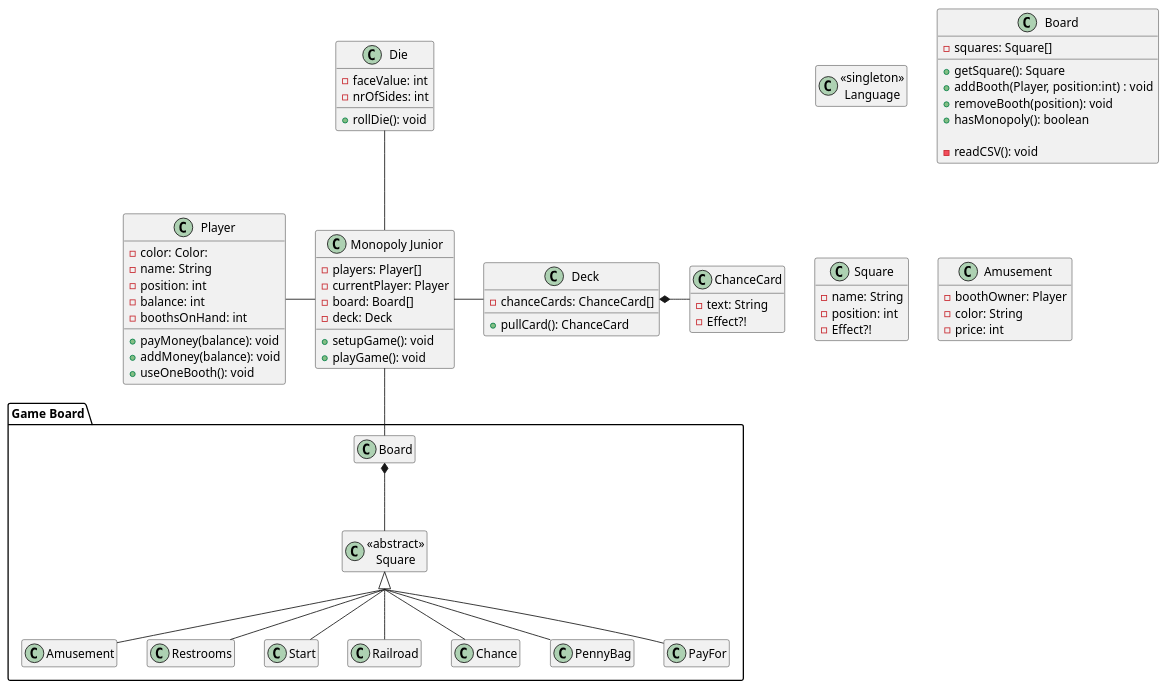
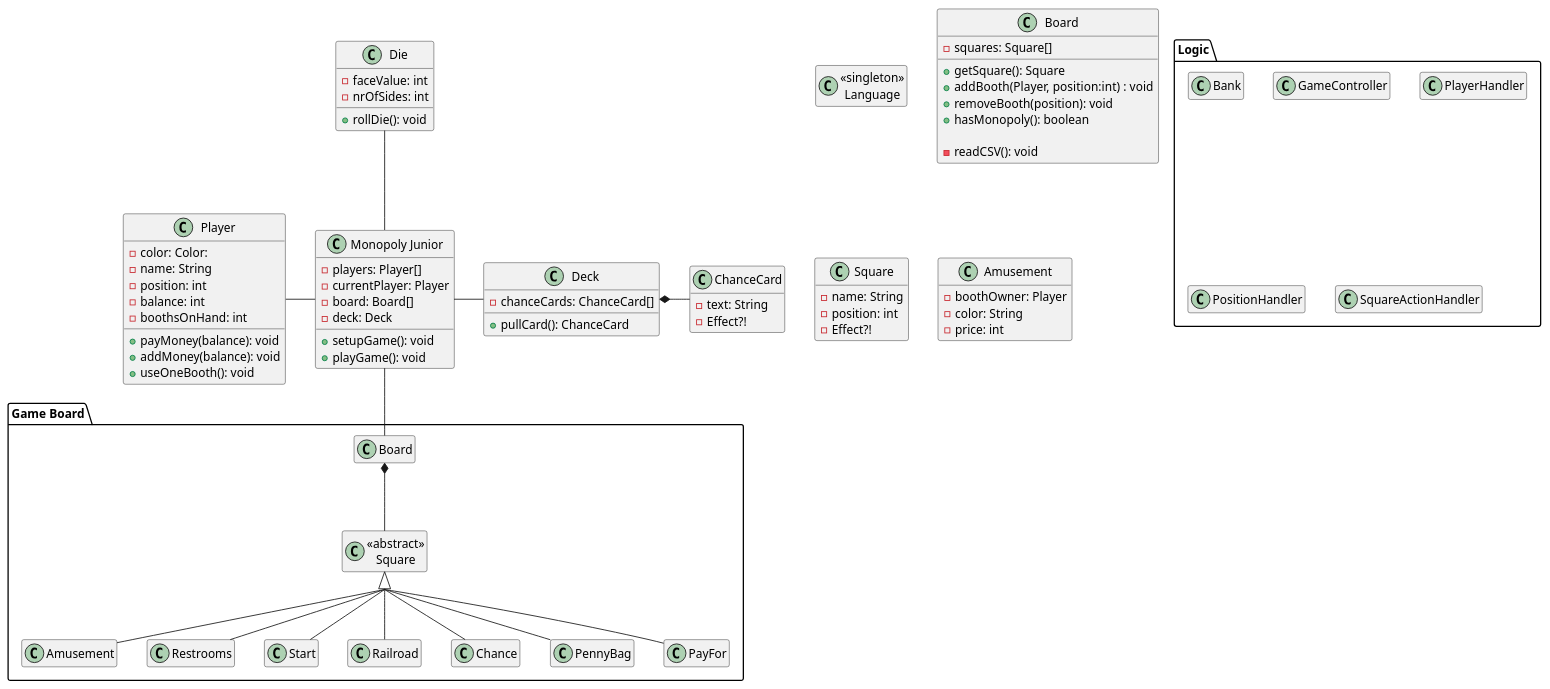
The diagram in diagrams/Designklasse.puml (Greve2001/CDIO3), drawn with PlantUML before and after one commit. The commit also changed 1 other file, not shown here.

Commit message:
Made design diagram for new structure

```diff
--- a/diagrams/Designklasse.puml
+++ b/diagrams/Designklasse.puml
@@ -1,103 +1,111 @@
 @startuml
 
 hide empty members
 skinparam groupInheritance 2
 
 class "Monopoly Junior" as Game
 class Die
 
 package "Game Board" {
     class Board
 
     class "<<abstract>>\nSquare" as Square
         class Amusement
         class Restrooms
         class Start
         class Railroad
         class Chance
         class PennyBag
         class PayFor
+}
+
+package Logic {
+    class Bank
+    class GameController
+    class PlayerHandler
+    class PositionHandler
+    class SquareActionHandler
 }
 
 class Deck
 class ChanceCard
 class Player
 class "<<singleton>>\nLanguage" as Language
 
 Game -up- Die
 Game -right- Deck
     Deck *-right- ChanceCard
 Game -left- Player
 Game -down- Board
     Board *-down- Square
     Square <|-- Restrooms
     Square <|-- Amusement
     Square <|-- Railroad
     Square <|-- PayFor
     Square <|-- PennyBag
     Square <|-- Start
     Square <|-- Chance
 
 class Game {
     -players: Player[]
     -currentPlayer: Player
     -board: Board[]
     -deck: Deck
 
     +setupGame(): void
     +playGame(): void
 }
 
 class Board {
     -squares: Square[]
 
     +getSquare(): Square
     +addBooth(Player, position:int) : void
     +removeBooth(position): void
     +hasMonopoly(): boolean
 
     -readCSV(): void
 }
 
 class Square {
     -name: String
     -position: int
     -Effect?!
 }
 
 class Die {
     -faceValue: int
     -nrOfSides: int
 
     +rollDie(): void
 }
 
 class Player {
     -color: Color:
     -name: String
     -position: int
     -balance: int
     -boothsOnHand: int
 
     +payMoney(balance): void
     +addMoney(balance): void
     +useOneBooth(): void
 }
 
 class Deck {
     -chanceCards: ChanceCard[]
 
     +pullCard(): ChanceCard
 }
 class ChanceCard {
     -text: String
     -Effect?!
 }
 class Amusement {
     -boothOwner: Player
     -color: String
     -price: int
 
 }
 
 @enduml
```
